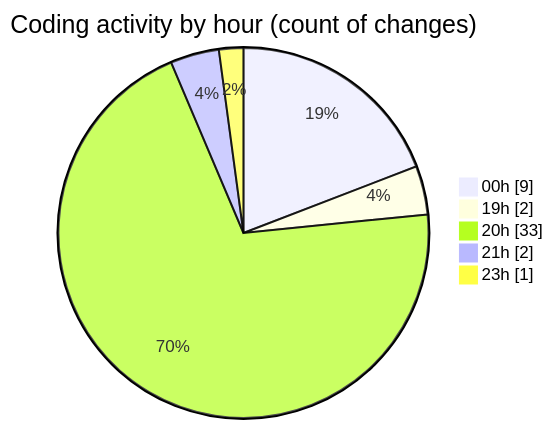
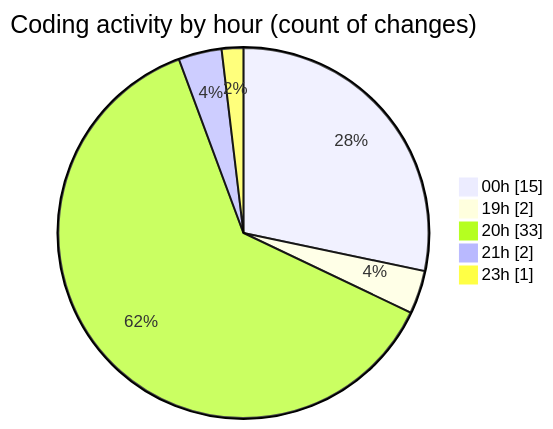
Before and after one commit to ernivani/code-tracking: the second of 2 diagrams in 2024-12-29/my-code-activity-ext/README.md, drawn with Mermaid. The commit also changed other lines of this file and 2 other files, not shown here.

````diff
--- a/2024-12-29/my-code-activity-ext/README.md
+++ b/2024-12-29/my-code-activity-ext/README.md
@@ -48,9 +50,9 @@
 ```mermaid
 pie showData
 title Coding activity by hour (count of changes)
-"00h" : 9
+"00h" : 15
 "19h" : 2
 "20h" : 33
 "21h" : 2
 "23h" : 1
 ```
````
